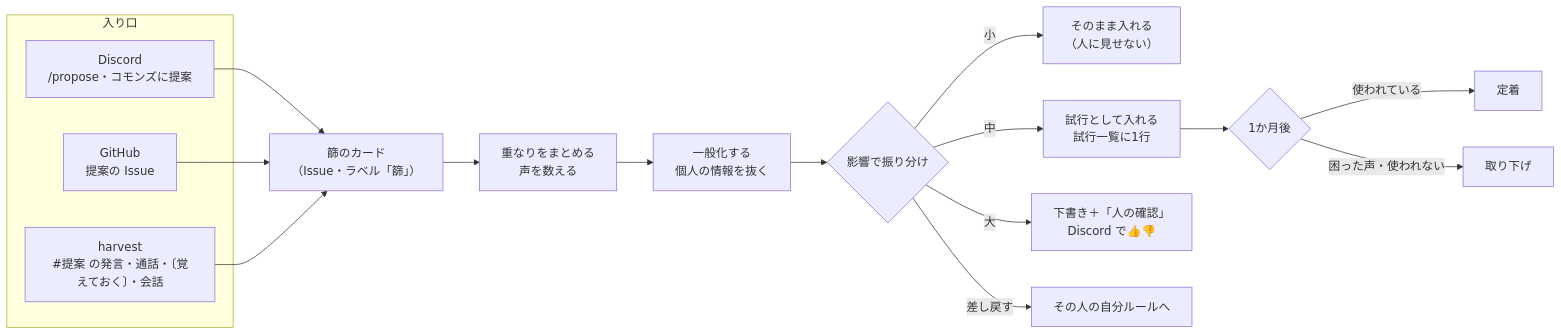
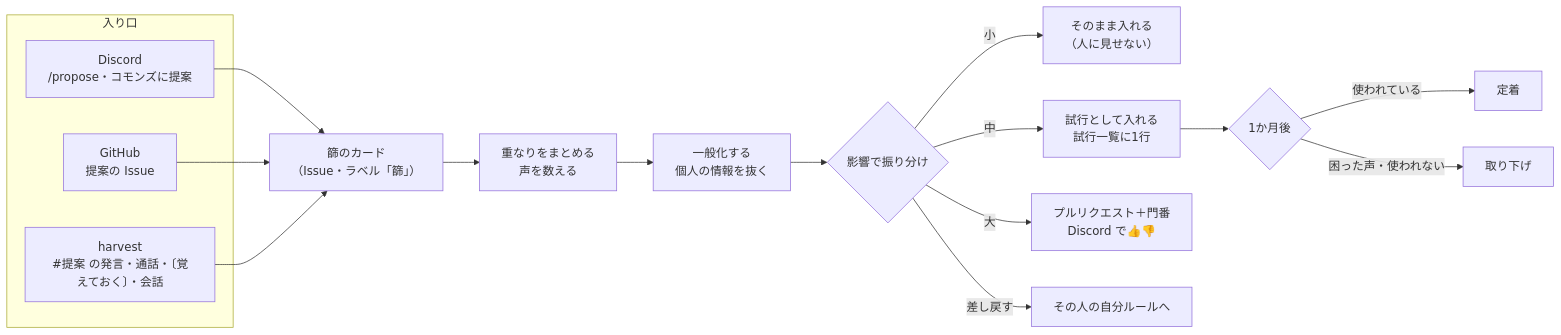
One commit to commons-ground/ground changed the diagram in docs/sieve.md. Above: the diagram before and after it, drawn with Mermaid. The commit also changed other lines of this file and 5 other files, not shown here.

````diff
--- a/docs/sieve.md
+++ b/docs/sieve.md
@@ -20,21 +20,21 @@
 ```mermaid
 flowchart LR
   subgraph IN["入り口"]
     D["Discord<br>/propose・コモンズに提案"]
     I["GitHub<br>提案の Issue"]
     H["harvest<br>#提案 の発言・通話・〔覚えておく〕・会話"]
   end
   D --> C["篩のカード<br>（Issue・ラベル「篩」）"]
   I --> C
   H --> C
   C --> M["重なりをまとめる<br>声を数える"]
   M --> G["一般化する<br>個人の情報を抜く"]
   G --> R{"影響で振り分け"}
   R -- 小 --> S["そのまま入れる<br>（人に見せない）"]
   R -- 中 --> T["試行として入れる<br>試行一覧に1行"]
-  R -- 大 --> P["下書き＋「人の確認」<br>Discord で👍👎"]
+  R -- 大 --> P["プルリクエスト＋門番<br>Discord で👍👎"]
   R -- 差し戻す --> O["その人の自分ルールへ"]
   T --> E{"1か月後"}
   E -- 使われている --> F["定着"]
   E -- 困った声・使われない --> W["取り下げ"]
 ```
````
